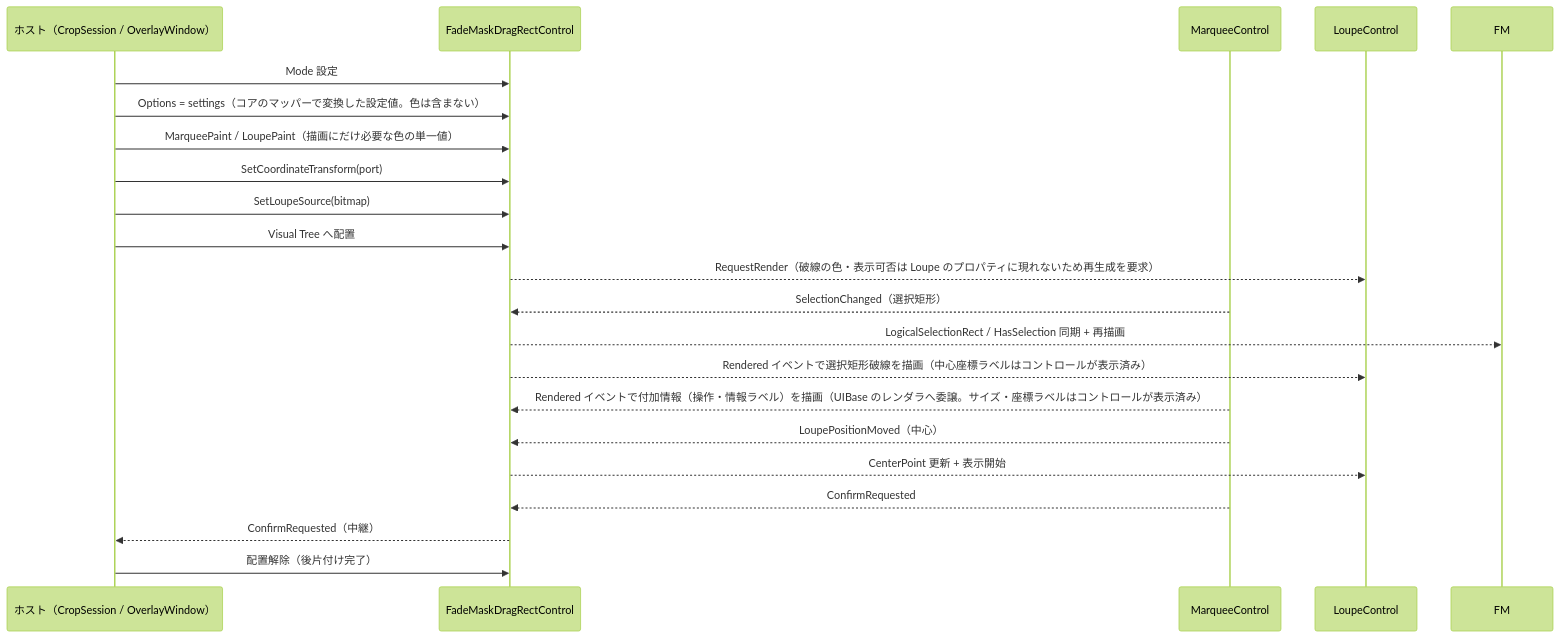
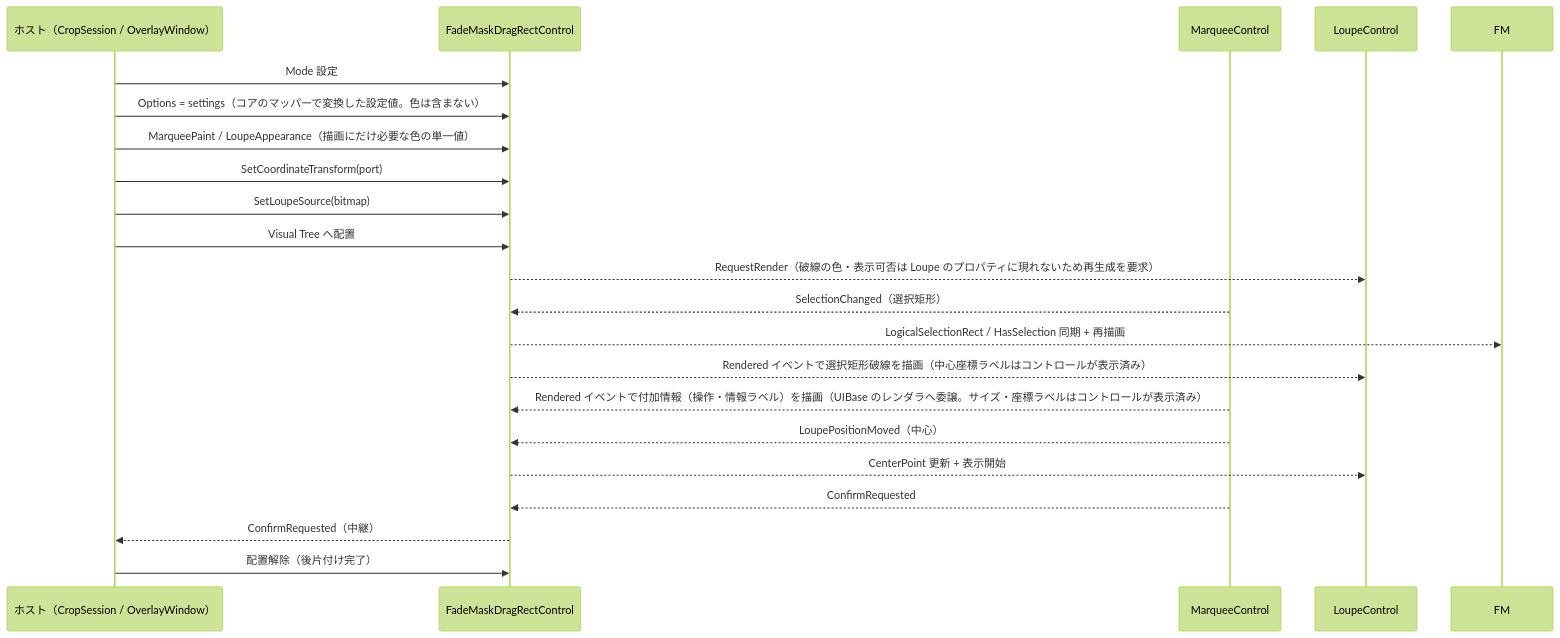
One commit to tomokuni/SaveEvidence changed the second of 2 diagrams in src/FadeMaskDragRectControl.AvaloniaUI/SPEC_System.md. Above: the diagram before and after it, drawn with Mermaid (forest theme). The commit also changed other lines of this file and 92 other files, not shown here.

````diff
--- a/src/FadeMaskDragRectControl.AvaloniaUI/SPEC_System.md
+++ b/src/FadeMaskDragRectControl.AvaloniaUI/SPEC_System.md
@@ -179,25 +179,25 @@
 ```mermaid
 sequenceDiagram
     participant H as ホスト（CropSession / OverlayWindow）
     participant C as FadeMaskDragRectControl
     participant DR as MarqueeControl
     
     participant LC as LoupeControl
 
     H->>C: Mode 設定
     H->>C: Options = settings（コアのマッパーで変換した設定値。色は含まない）
-    H->>C: MarqueePaint / LoupePaint（描画にだけ必要な色の単一値）
+    H->>C: MarqueePaint / LoupeAppearance（描画にだけ必要な色の単一値）
     H->>C: SetCoordinateTransform(port)
     H->>C: SetLoupeSource(bitmap)
     H->>C: Visual Tree へ配置
     C-->>LC: RequestRender（破線の色・表示可否は Loupe のプロパティに現れないため再生成を要求）
     DR-->>C: SelectionChanged（選択矩形）
     C-->>FM: LogicalSelectionRect / HasSelection 同期 + 再描画
     C-->>LC: Rendered イベントで選択矩形破線を描画（中心座標ラベルはコントロールが表示済み）
     DR-->>C: Rendered イベントで付加情報（操作・情報ラベル）を描画（UIBase のレンダラへ委譲。サイズ・座標ラベルはコントロールが表示済み）
     DR-->>C: LoupePositionMoved（中心）
     C-->>LC: CenterPoint 更新 + 表示開始
     DR-->>C: ConfirmRequested
     C-->>H: ConfirmRequested（中継）
     H->>C: 配置解除（後片付け完了）
 ```
````
